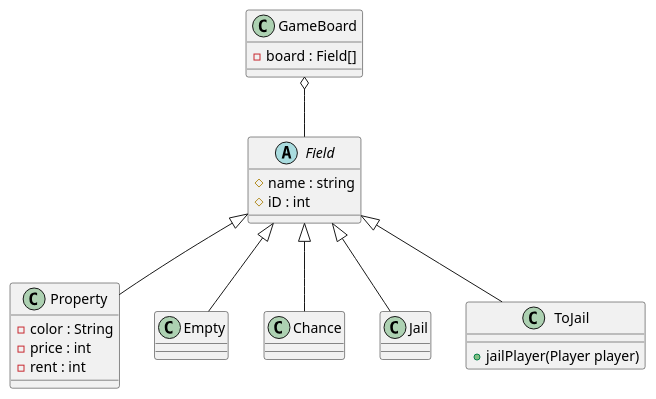
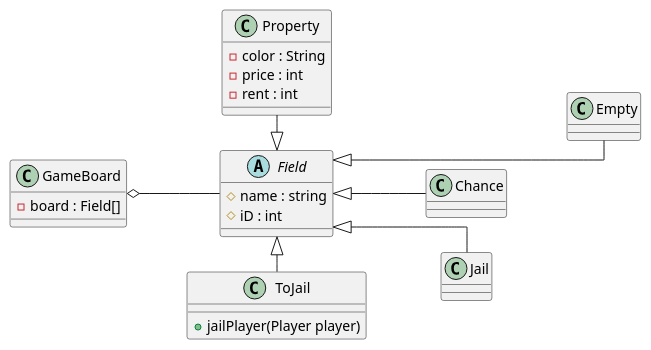
Before and after one commit to Gruppe-10-DTU/CDIO-FINAL: the diagram in src/main/resources/BoardPackageDesignClass.puml, drawn with PlantUML.

Commit message:
cosmetic changes to improve view

```diff
--- a/src/main/resources/BoardPackageDesignClass.puml
+++ b/src/main/resources/BoardPackageDesignClass.puml
@@ -1,43 +1,45 @@
 @startuml
 'https://plantuml.com/class-diagram
+skinparam linetype ortho
+left to right direction
 
 class GameBoard{
  - board : Field[]
 }
 
 
 abstract Field {
  # name : string
  # iD : int
 }
 
 class Property {
  - color : String
  - price : int
  - rent : int
 }
 class Empty{
 
 }
 
 class Chance {
 
 }
 
 class Jail {
 
 }
 
 class ToJail {
  + jailPlayer(Player player)
 }
 
 GameBoard o-- Field
 
-Field <|-- Property
-Field <|-- Empty
+Field <|-left- Property
+Field <|--- Empty
 Field <|-- Chance
 Field <|-- Jail
-Field <|-- ToJail
+Field <|-right- ToJail
 
 @enduml
```
